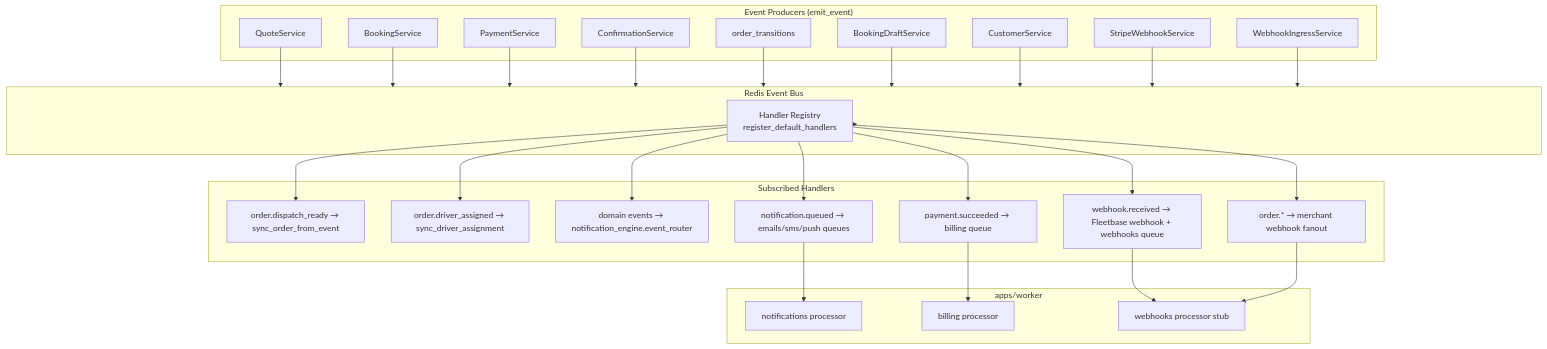
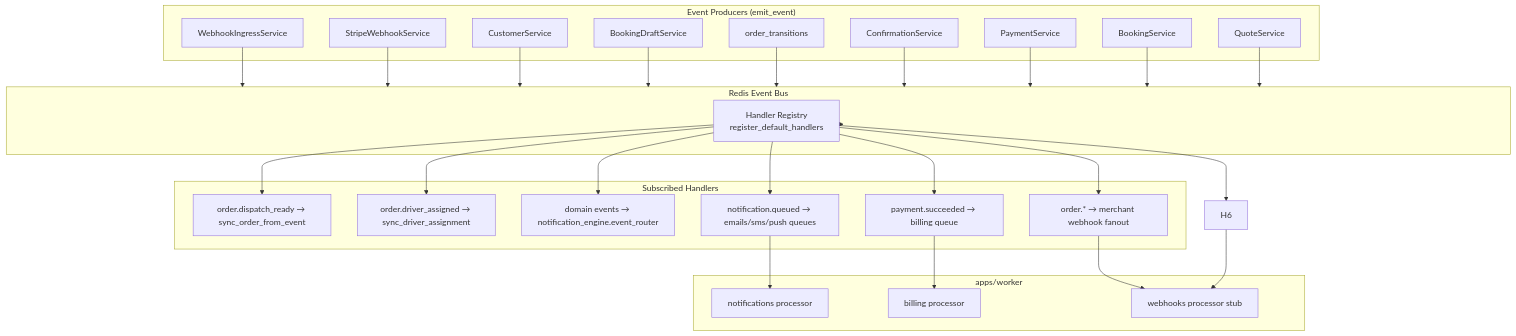
The diagram in docs/architecture/mermaid/event_bus_flow.mmd (PORTERCHAIN-INC/PCD), drawn with Mermaid before and after one commit. The commit also changed 38 other files, not shown here.

First line of the commit message:
docs: drop COD/Fleetbase/Stripe Connect references, regenerate graphify report

```diff
--- a/docs/architecture/mermaid/event_bus_flow.mmd
+++ b/docs/architecture/mermaid/event_bus_flow.mmd
@@ -1,39 +1,38 @@
 flowchart TB
   subgraph Producers["Event Producers (emit_event)"]
     QS[QuoteService]
     BS[BookingService]
     PS[PaymentService]
     CF[ConfirmationService]
     OT[order_transitions]
     BDS[BookingDraftService]
     CS[CustomerService]
     SWS[StripeWebhookService]
     WIS[WebhookIngressService]
   end
 
   subgraph Bus["Redis Event Bus"]
     REG[Handler Registry<br/>register_default_handlers]
   end
 
   subgraph Handlers["Subscribed Handlers"]
     H1[order.dispatch_ready → sync_order_from_event]
     H2[order.driver_assigned → sync_driver_assignment]
     H3[domain events → notification_engine.event_router]
     H5[payment.succeeded → billing queue]
-    H6[webhook.received → Fleetbase webhook + webhooks queue]
     H7[notification.queued → emails/sms/push queues]
     H10[order.* → merchant webhook fanout]
   end
 
   subgraph Worker["apps/worker"]
     NQ[notifications processor]
     BQ[billing processor]
     WQ[webhooks processor stub]
   end
 
   QS & BS & PS & CF & OT & BDS & CS & SWS & WIS --> Bus
   Bus --> REG
   REG --> H1 & H2 & H3 & H5 & H6 & H7 & H10
   H5 --> BQ
   H7 --> NQ
   H6 & H10 --> WQ
```
